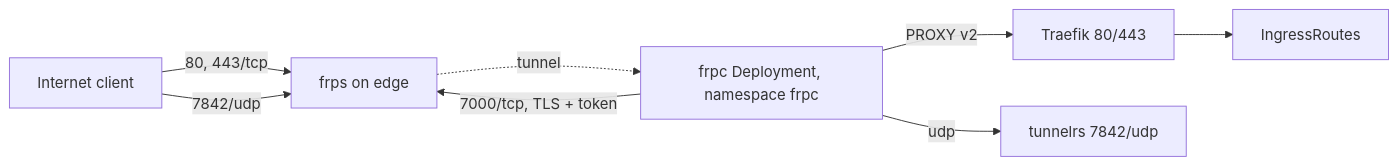
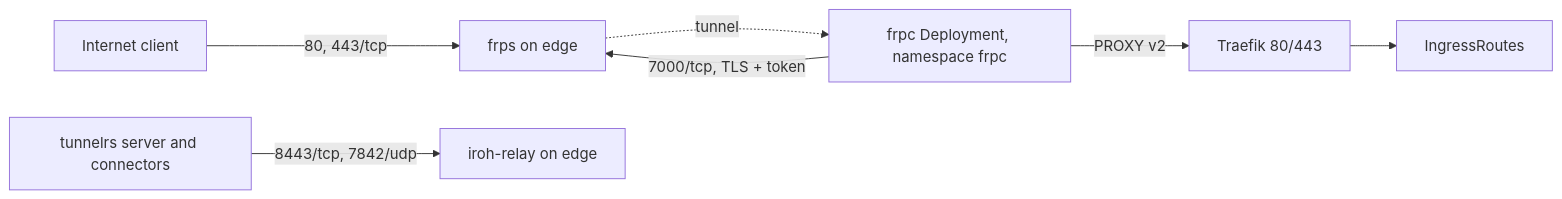
Before and after one commit to LuukBlankenstijn/infra: the diagram in docs/cluster/edge.md, drawn with Mermaid. The commit also changed other lines of this file and 15 other files, not shown here.

Commit message:
Run a public iroh relay on the edge for tunnelrs; drop the frp UDP forward

````diff
--- a/docs/cluster/edge.md
+++ b/docs/cluster/edge.md
@@ -7,10 +8,9 @@
 ```mermaid
 flowchart LR
   client[Internet client] -->|80, 443/tcp| frps[frps on edge]
   frpc[frpc Deployment, namespace frpc] -->|7000/tcp, TLS + token| frps
   frps -. tunnel .-> frpc
-  client -->|7842/udp| frps
   frpc -->|PROXY v2| traefik[Traefik 80/443]
   traefik --> apps[IngressRoutes]
-  frpc -->|udp| tunnelrs[tunnelrs 7842/udp]
+  tunnelrs[tunnelrs server and connectors] -->|8443/tcp, 7842/udp| relay[iroh-relay on edge]
 ```
````
